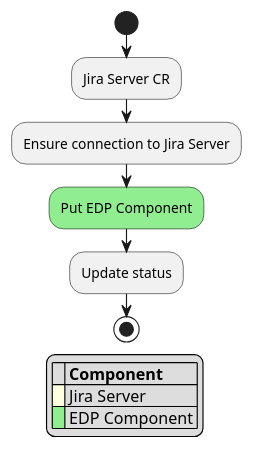
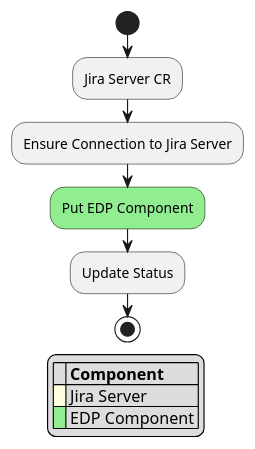
Before and after one commit to epam/edp-codebase-operator: the diagram in documentation/puml/jira_server_chain.puml, drawn with PlantUML. The commit also changed 1 other file, not shown here.

Commit message:
[ARCH] Fix the puml diagrams (jira_server and codebase_chain).

```diff
--- a/documentation/puml/jira_server_chain.puml
+++ b/documentation/puml/jira_server_chain.puml
@@ -1,14 +1,14 @@
 @startuml
 start
 :Jira Server CR;
-:Ensure connection to Jira Server;
+:Ensure Connection to Jira Server;
 #lightgreen:Put EDP Component;
-:Update status;
+:Update Status;
 stop
 
 legend
 |= |= Component |
 |<back:#lightyellow>   </back>| Jira Server |
 |<back:#lightgreen>   </back>| EDP Component |
 endlegend
 @enduml
```
